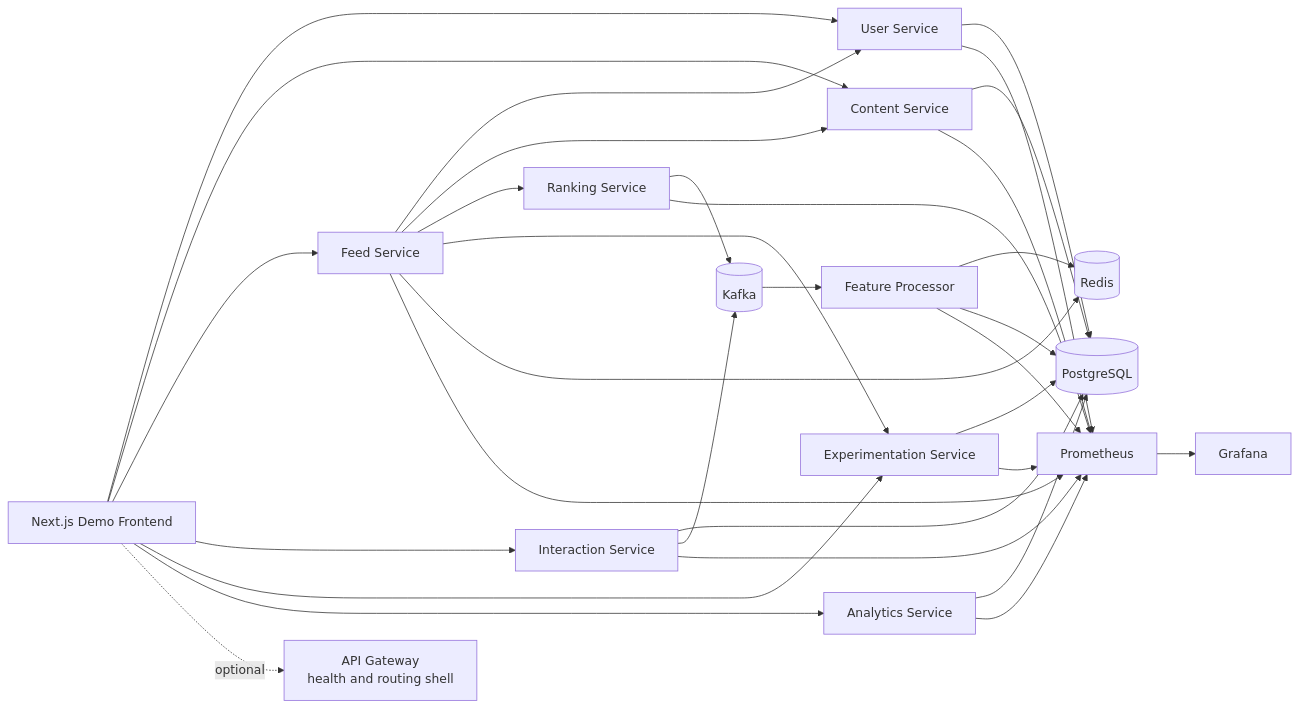
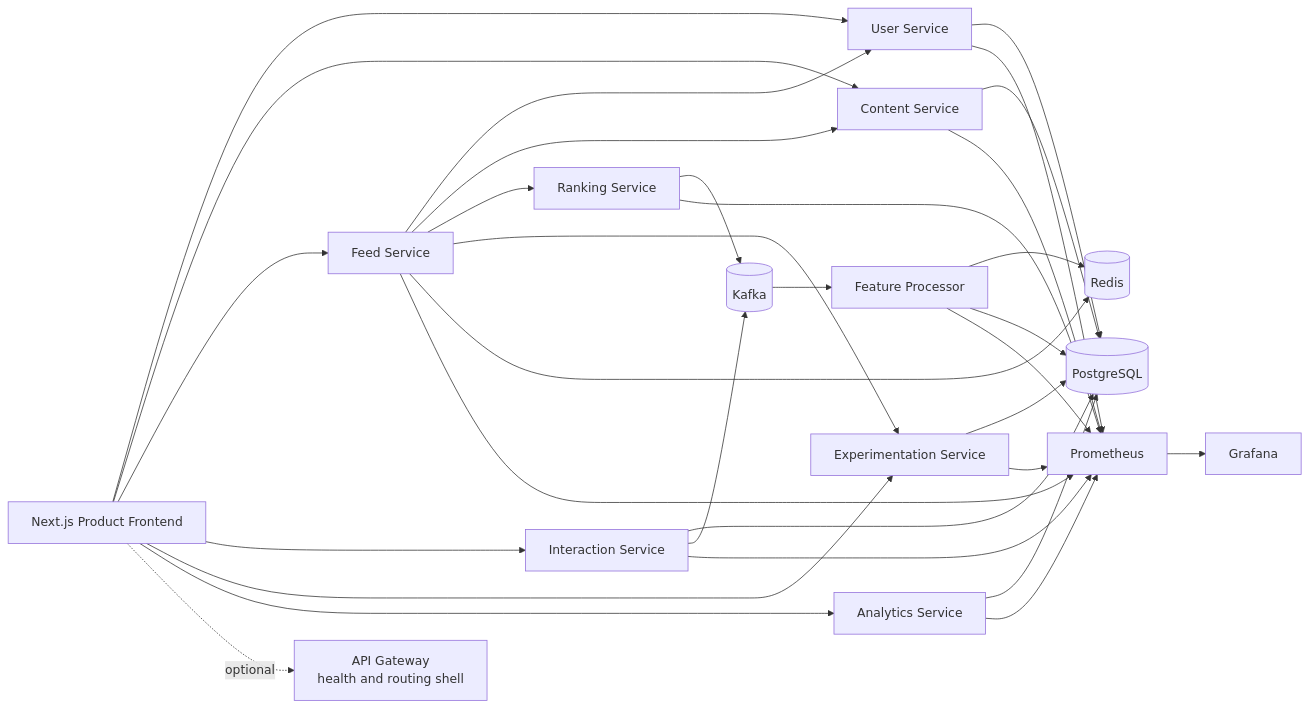
One commit to Atharva-Waranashiwar-Coding/real-time-content-ranking-system changed the diagram in README.md. Above: the diagram before and after it, drawn with Mermaid. The commit also changed other lines of this file and 27 other files, not shown here.

Commit message:
feat(product): replace demo-facing copy with product framing

````diff
--- a/README.md
+++ b/README.md
@@ -22,58 +22,58 @@
 ```mermaid
 flowchart LR
-    Web[Next.js Demo Frontend]
+    Web[Next.js Product Frontend]
     Gateway[API Gateway<br/>health and routing shell]
 
     UserSvc[User Service]
     ContentSvc[Content Service]
     InteractionSvc[Interaction Service]
     FeedSvc[Feed Service]
     RankingSvc[Ranking Service]
     ExperimentSvc[Experimentation Service]
     AnalyticsSvc[Analytics Service]
     FeatureProcessor[Feature Processor]
 
     Postgres[(PostgreSQL)]
     Redis[(Redis)]
     Kafka[(Kafka)]
     Prometheus[Prometheus]
     Grafana[Grafana]
 
     Web --> UserSvc
     Web --> ContentSvc
     Web --> FeedSvc
     Web --> InteractionSvc
     Web --> ExperimentSvc
     Web --> AnalyticsSvc
     Web -. optional .-> Gateway
 
     FeedSvc --> UserSvc
     FeedSvc --> ContentSvc
     FeedSvc --> RankingSvc
     FeedSvc --> ExperimentSvc
     FeedSvc --> Redis
 
     InteractionSvc --> Postgres
     InteractionSvc --> Kafka
 
     RankingSvc --> Kafka
 
     Kafka --> FeatureProcessor
     FeatureProcessor --> Redis
     FeatureProcessor --> Postgres
 
     UserSvc --> Postgres
     ContentSvc --> Postgres
     ExperimentSvc --> Postgres
     AnalyticsSvc --> Postgres
 
     UserSvc --> Prometheus
     ContentSvc --> Prometheus
     InteractionSvc --> Prometheus
     FeedSvc --> Prometheus
     RankingSvc --> Prometheus
     ExperimentSvc --> Prometheus
     AnalyticsSvc --> Prometheus
     FeatureProcessor --> Prometheus
     Prometheus --> Grafana
 ```
````
